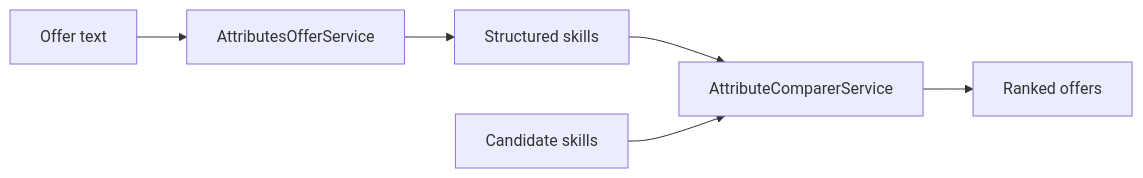
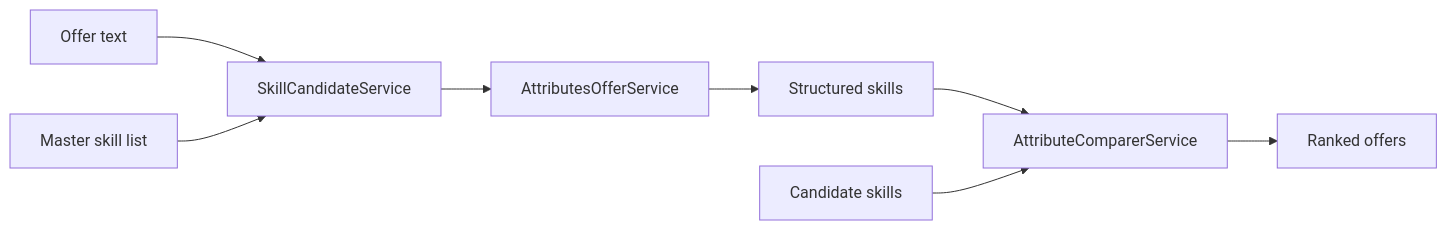
One commit to sebmin/jobseek changed the diagram in Readme.md. Above: the diagram before and after it, drawn with Mermaid. The commit also changed other lines of this file and 17 other files, not shown here.

Commit message:
feat: select skills per offer to max 30 before pass them into llm model using BM25 and Local vector llm

````diff
--- a/Readme.md
+++ b/Readme.md
@@ -20,8 +21,10 @@
 ```mermaid
 flowchart LR
-  offer["Offer text"] --> extract["AttributesOfferService"]
+  offer["Offer text"] --> select["SkillCandidateService"]
+  master["Master skill list"] --> select
+  select --> extract["AttributesOfferService"]
   extract --> skills["Structured skills"]
   skills --> score["AttributeComparerService"]
   candidate["Candidate skills"] --> score
   score --> ranked["Ranked offers"]
 ```
````
